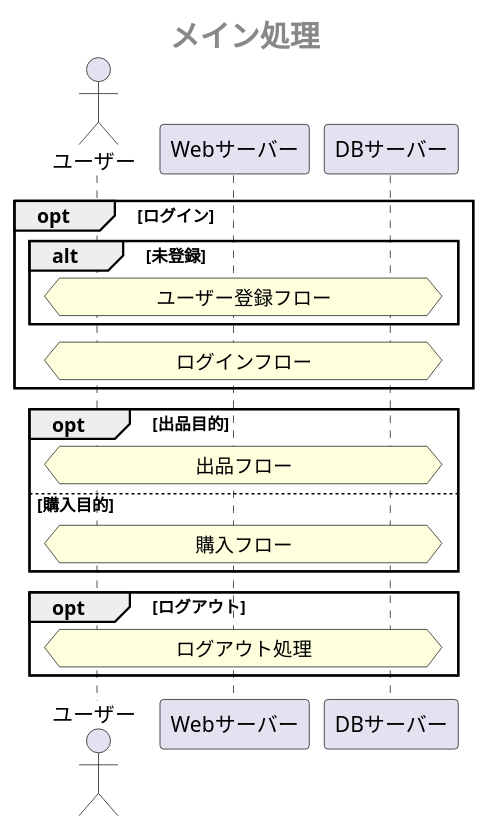
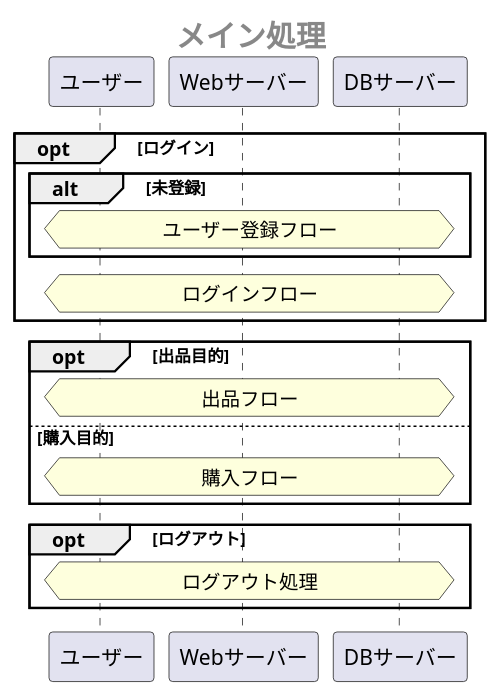
One commit to Aso2001385/NAISA changed the first of 7 diagrams in 設計書/02_業務フロー/2021-12-22BusinessFlow.md. Above: the diagram before and after it, drawn with PlantUML.

````diff
--- a/設計書/02_業務フロー/2021-12-22BusinessFlow.md
+++ b/設計書/02_業務フロー/2021-12-22BusinessFlow.md
@@ -1,25 +1,25 @@
 ```uml 
 @startuml 
  center header <size:20><b>メイン処理</b></size>
- actor ユーザー as user
+ participant ユーザー as user
  participant Webサーバー as web
  participant DBサーバー as db
 
  opt ログイン
   alt 未登録
   hnote across: ユーザー登録フロー
   end
   hnote across: ログインフロー
  end
  
  opt 出品目的
    hnote across: 出品フロー
  else 購入目的
    hnote across: 購入フロー
  end
  
  opt ログアウト
   hnote across: ログアウト処理
  end
 @enduml
 ```
````
